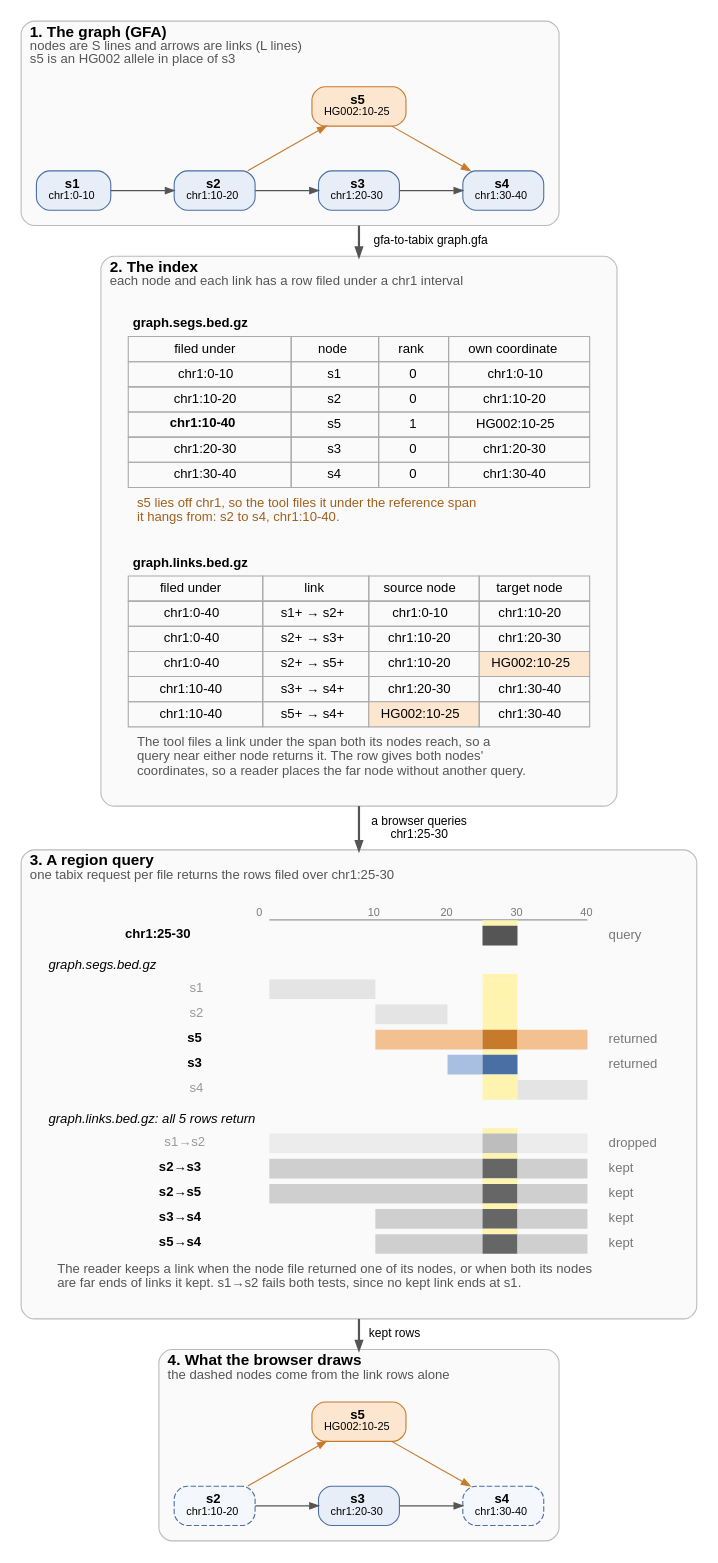
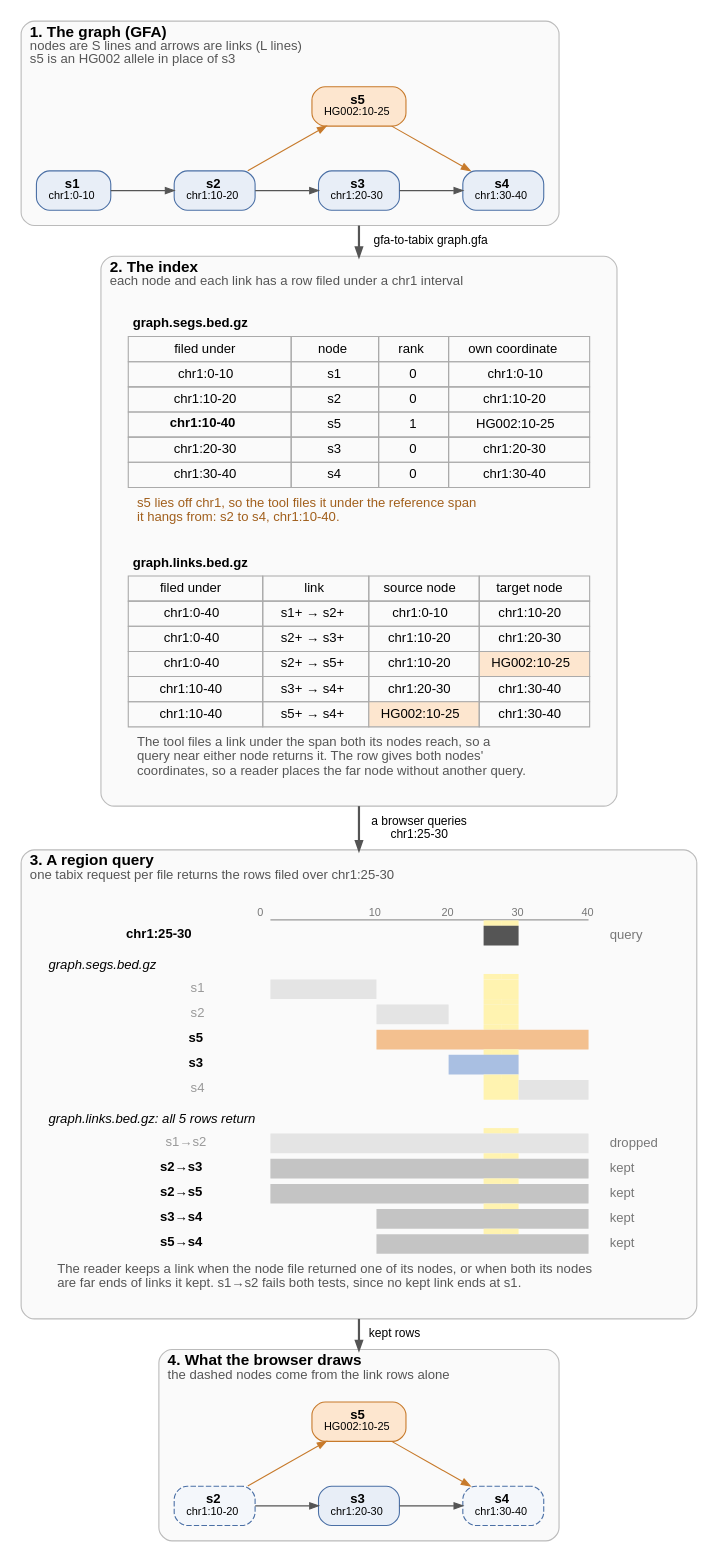
Before and after one commit to GMOD/gfa-to-tabix: the diagram in docs/figures/overview.dot, drawn with Graphviz. The commit also changed 2 other files, not shown here.

Commit message:
Overview figure: mark a query hit one way
Panel 3 showed a hit four ways: label weight, bar colour, a darker
stretch where the bar met the query, and a "returned" note. The darker
stretch and the note are gone. Each bar is one colour over the query
stripe, and the link lanes still have "kept" and "dropped" notes, since
two greys alone are hard to tell apart.

```diff
--- a/docs/figures/overview.dot
+++ b/docs/figures/overview.dot
@@ -78,22 +78,22 @@
           <TR><TD HEIGHT="5"></TD><TD></TD><TD></TD><TD></TD><TD></TD><TD></TD><TD></TD><TD></TD><TD></TD><TD></TD><TD></TD><TD></TD><TD BGCOLOR="#fff3b0"></TD><TD BGCOLOR="#fff3b0"></TD><TD></TD><TD></TD><TD></TD><TD></TD><TD></TD><TD></TD></TR>
           <TR><TD ALIGN="RIGHT" HEIGHT="18"><FONT COLOR="#999999">s2</FONT>  </TD><TD></TD><TD COLSPAN="4"></TD><TD COLSPAN="4" BGCOLOR="#e4e4e4"></TD><TD COLSPAN="2"></TD><TD COLSPAN="2" BGCOLOR="#fff3b0"></TD><TD COLSPAN="4"></TD><TD></TD><TD ALIGN="LEFT"></TD></TR>
           <TR><TD HEIGHT="5"></TD><TD></TD><TD></TD><TD></TD><TD></TD><TD></TD><TD></TD><TD></TD><TD></TD><TD></TD><TD></TD><TD></TD><TD BGCOLOR="#fff3b0"></TD><TD BGCOLOR="#fff3b0"></TD><TD></TD><TD></TD><TD></TD><TD></TD><TD></TD><TD></TD></TR>
-          <TR><TD ALIGN="RIGHT" HEIGHT="18"><B>s5</B>  </TD><TD></TD><TD COLSPAN="4"></TD><TD COLSPAN="6" BGCOLOR="#f3c08f"></TD><TD COLSPAN="2" BGCOLOR="#c77a2b"></TD><TD COLSPAN="4" BGCOLOR="#f3c08f"></TD><TD></TD><TD ALIGN="LEFT"><FONT POINT-SIZE="12" COLOR="#777777">  returned</FONT></TD></TR>
+          <TR><TD ALIGN="RIGHT" HEIGHT="18"><B>s5</B>  </TD><TD></TD><TD COLSPAN="4"></TD><TD COLSPAN="12" BGCOLOR="#f3c08f"></TD><TD></TD><TD ALIGN="LEFT"></TD></TR>
           <TR><TD HEIGHT="5"></TD><TD></TD><TD></TD><TD></TD><TD></TD><TD></TD><TD></TD><TD></TD><TD></TD><TD></TD><TD></TD><TD></TD><TD BGCOLOR="#fff3b0"></TD><TD BGCOLOR="#fff3b0"></TD><TD></TD><TD></TD><TD></TD><TD></TD><TD></TD><TD></TD></TR>
-          <TR><TD ALIGN="RIGHT" HEIGHT="18"><B>s3</B>  </TD><TD></TD><TD COLSPAN="8"></TD><TD COLSPAN="2" BGCOLOR="#a9bfe2"></TD><TD COLSPAN="2" BGCOLOR="#4a6fa5"></TD><TD COLSPAN="4"></TD><TD></TD><TD ALIGN="LEFT"><FONT POINT-SIZE="12" COLOR="#777777">  returned</FONT></TD></TR>
+          <TR><TD ALIGN="RIGHT" HEIGHT="18"><B>s3</B>  </TD><TD></TD><TD COLSPAN="8"></TD><TD COLSPAN="4" BGCOLOR="#a9bfe2"></TD><TD COLSPAN="4"></TD><TD></TD><TD ALIGN="LEFT"></TD></TR>
           <TR><TD HEIGHT="5"></TD><TD></TD><TD></TD><TD></TD><TD></TD><TD></TD><TD></TD><TD></TD><TD></TD><TD></TD><TD></TD><TD></TD><TD BGCOLOR="#fff3b0"></TD><TD BGCOLOR="#fff3b0"></TD><TD></TD><TD></TD><TD></TD><TD></TD><TD></TD><TD></TD></TR>
           <TR><TD ALIGN="RIGHT" HEIGHT="18"><FONT COLOR="#999999">s4</FONT>  </TD><TD></TD><TD COLSPAN="10"></TD><TD COLSPAN="2" BGCOLOR="#fff3b0"></TD><TD COLSPAN="4" BGCOLOR="#e4e4e4"></TD><TD></TD><TD ALIGN="LEFT"></TD></TR>
           <TR><TD COLSPAN="20" ALIGN="LEFT" HEIGHT="26" VALIGN="BOTTOM"><I>graph.links.bed.gz: all 5 rows return</I></TD></TR>
           <TR><TD HEIGHT="5"></TD><TD></TD><TD></TD><TD></TD><TD></TD><TD></TD><TD></TD><TD></TD><TD></TD><TD></TD><TD></TD><TD></TD><TD BGCOLOR="#fff3b0"></TD><TD BGCOLOR="#fff3b0"></TD><TD></TD><TD></TD><TD></TD><TD></TD><TD></TD><TD></TD></TR>
-          <TR><TD ALIGN="RIGHT" HEIGHT="18"><FONT COLOR="#999999">s1→s2</FONT>  </TD><TD></TD><TD COLSPAN="10" BGCOLOR="#ececec"></TD><TD COLSPAN="2" BGCOLOR="#bdbdbd"></TD><TD COLSPAN="4" BGCOLOR="#ececec"></TD><TD></TD><TD ALIGN="LEFT"><FONT POINT-SIZE="12" COLOR="#777777">  dropped</FONT></TD></TR>
+          <TR><TD ALIGN="RIGHT" HEIGHT="18"><FONT COLOR="#999999">s1→s2</FONT>  </TD><TD></TD><TD COLSPAN="16" BGCOLOR="#e4e4e4"></TD><TD></TD><TD ALIGN="LEFT"><FONT POINT-SIZE="12" COLOR="#777777">  dropped</FONT></TD></TR>
           <TR><TD HEIGHT="5"></TD><TD></TD><TD></TD><TD></TD><TD></TD><TD></TD><TD></TD><TD></TD><TD></TD><TD></TD><TD></TD><TD></TD><TD BGCOLOR="#fff3b0"></TD><TD BGCOLOR="#fff3b0"></TD><TD></TD><TD></TD><TD></TD><TD></TD><TD></TD><TD></TD></TR>
-          <TR><TD ALIGN="RIGHT" HEIGHT="18"><B>s2→s3</B>  </TD><TD></TD><TD COLSPAN="10" BGCOLOR="#cfcfcf"></TD><TD COLSPAN="2" BGCOLOR="#666666"></TD><TD COLSPAN="4" BGCOLOR="#cfcfcf"></TD><TD></TD><TD ALIGN="LEFT"><FONT POINT-SIZE="12" COLOR="#777777">  kept</FONT></TD></TR>
+          <TR><TD ALIGN="RIGHT" HEIGHT="18"><B>s2→s3</B>  </TD><TD></TD><TD COLSPAN="16" BGCOLOR="#c4c4c4"></TD><TD></TD><TD ALIGN="LEFT"><FONT POINT-SIZE="12" COLOR="#777777">  kept</FONT></TD></TR>
           <TR><TD HEIGHT="5"></TD><TD></TD><TD></TD><TD></TD><TD></TD><TD></TD><TD></TD><TD></TD><TD></TD><TD></TD><TD></TD><TD></TD><TD BGCOLOR="#fff3b0"></TD><TD BGCOLOR="#fff3b0"></TD><TD></TD><TD></TD><TD></TD><TD></TD><TD></TD><TD></TD></TR>
-          <TR><TD ALIGN="RIGHT" HEIGHT="18"><B>s2→s5</B>  </TD><TD></TD><TD COLSPAN="10" BGCOLOR="#cfcfcf"></TD><TD COLSPAN="2" BGCOLOR="#666666"></TD><TD COLSPAN="4" BGCOLOR="#cfcfcf"></TD><TD></TD><TD ALIGN="LEFT"><FONT POINT-SIZE="12" COLOR="#777777">  kept</FONT></TD></TR>
+          <TR><TD ALIGN="RIGHT" HEIGHT="18"><B>s2→s5</B>  </TD><TD></TD><TD COLSPAN="16" BGCOLOR="#c4c4c4"></TD><TD></TD><TD ALIGN="LEFT"><FONT POINT-SIZE="12" COLOR="#777777">  kept</FONT></TD></TR>
           <TR><TD HEIGHT="5"></TD><TD></TD><TD></TD><TD></TD><TD></TD><TD></TD><TD></TD><TD></TD><TD></TD><TD></TD><TD></TD><TD></TD><TD BGCOLOR="#fff3b0"></TD><TD BGCOLOR="#fff3b0"></TD><TD></TD><TD></TD><TD></TD><TD></TD><TD></TD><TD></TD></TR>
-          <TR><TD ALIGN="RIGHT" HEIGHT="18"><B>s3→s4</B>  </TD><TD></TD><TD COLSPAN="4"></TD><TD COLSPAN="6" BGCOLOR="#cfcfcf"></TD><TD COLSPAN="2" BGCOLOR="#666666"></TD><TD COLSPAN="4" BGCOLOR="#cfcfcf"></TD><TD></TD><TD ALIGN="LEFT"><FONT POINT-SIZE="12" COLOR="#777777">  kept</FONT></TD></TR>
+          <TR><TD ALIGN="RIGHT" HEIGHT="18"><B>s3→s4</B>  </TD><TD></TD><TD COLSPAN="4"></TD><TD COLSPAN="12" BGCOLOR="#c4c4c4"></TD><TD></TD><TD ALIGN="LEFT"><FONT POINT-SIZE="12" COLOR="#777777">  kept</FONT></TD></TR>
           <TR><TD HEIGHT="5"></TD><TD></TD><TD></TD><TD></TD><TD></TD><TD></TD><TD></TD><TD></TD><TD></TD><TD></TD><TD></TD><TD></TD><TD BGCOLOR="#fff3b0"></TD><TD BGCOLOR="#fff3b0"></TD><TD></TD><TD></TD><TD></TD><TD></TD><TD></TD><TD></TD></TR>
-          <TR><TD ALIGN="RIGHT" HEIGHT="18"><B>s5→s4</B>  </TD><TD></TD><TD COLSPAN="4"></TD><TD COLSPAN="6" BGCOLOR="#cfcfcf"></TD><TD COLSPAN="2" BGCOLOR="#666666"></TD><TD COLSPAN="4" BGCOLOR="#cfcfcf"></TD><TD></TD><TD ALIGN="LEFT"><FONT POINT-SIZE="12" COLOR="#777777">  kept</FONT></TD></TR>
+          <TR><TD ALIGN="RIGHT" HEIGHT="18"><B>s5→s4</B>  </TD><TD></TD><TD COLSPAN="4"></TD><TD COLSPAN="12" BGCOLOR="#c4c4c4"></TD><TD></TD><TD ALIGN="LEFT"><FONT POINT-SIZE="12" COLOR="#777777">  kept</FONT></TD></TR>
           <!-- end lanes -->
           <!-- begin keep-caption -->
           <TR><TD BORDER="0" CELLPADDING="8" COLSPAN="20" ALIGN="LEFT" BALIGN="LEFT"><FONT POINT-SIZE="12" COLOR="#555555">The reader keeps a link when the node file returned one of its nodes, or when both its nodes<BR/>are far ends of links it kept. s1→s2 fails both tests, since no kept link ends at s1.</FONT></TD></TR>
```
